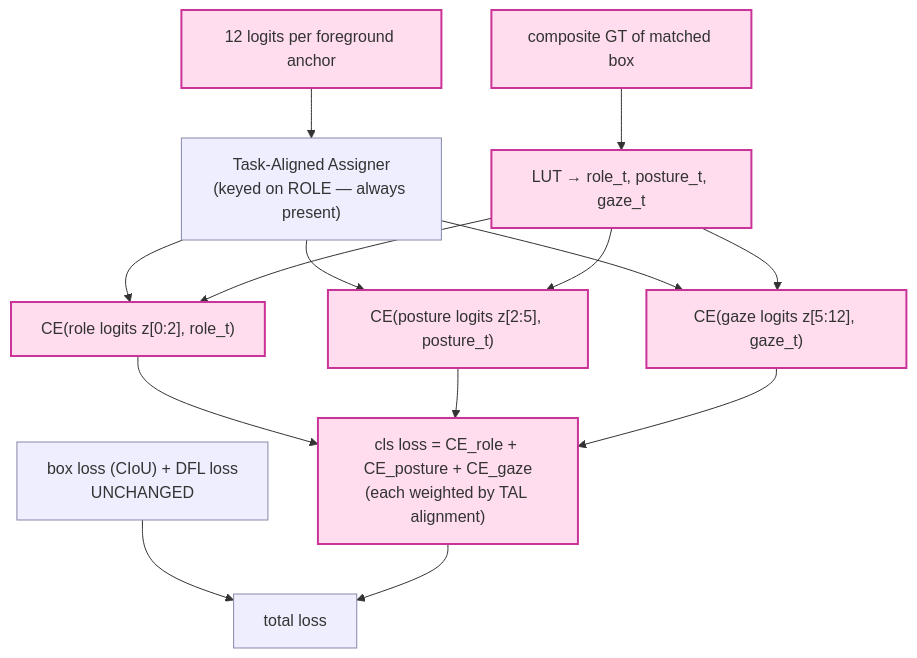
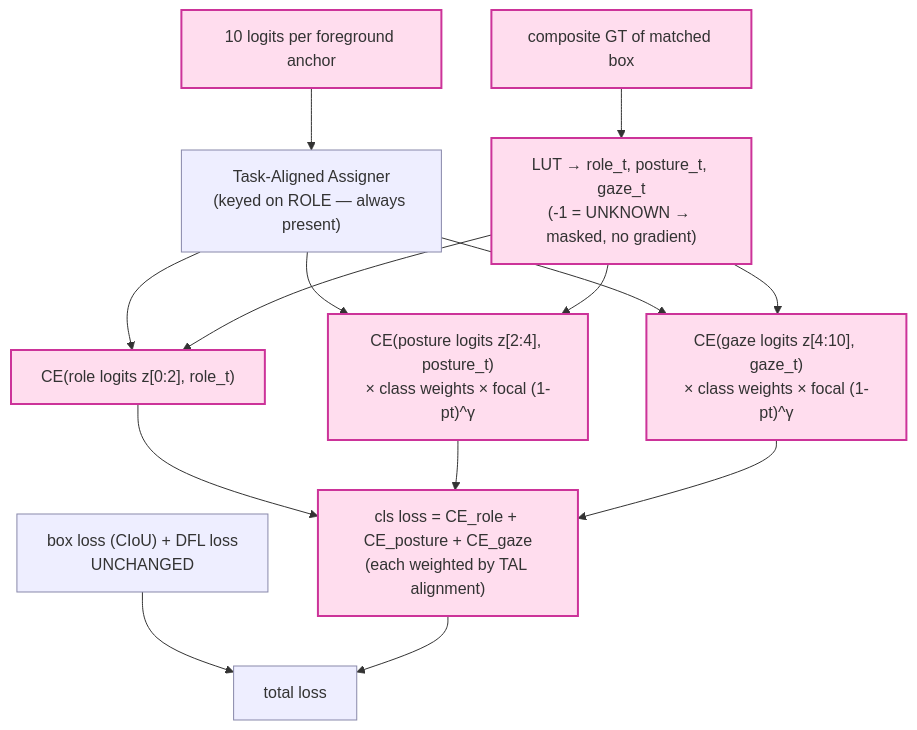
Before and after one commit to ahmedelbamby-aast/Grad-Project-Docs: the fourth of 5 diagrams in docs/yolov11_combined_head/ARCHITECTURE.md, drawn with Mermaid. The commit also changed other lines of this file and 2 other files, not shown here.

````diff
--- a/docs/yolov11_combined_head/ARCHITECTURE.md
+++ b/docs/yolov11_combined_head/ARCHITECTURE.md
@@ -161,23 +160,23 @@
 ```mermaid
 flowchart TB
-    PRED["12 logits per foreground anchor"] --> A["Task-Aligned Assigner<br/>(keyed on ROLE — always present)"]
-    GT["composite GT of matched box"] --> LUTL["LUT → role_t, posture_t, gaze_t"]
+    PRED["10 logits per foreground anchor"] --> A["Task-Aligned Assigner<br/>(keyed on ROLE — always present)"]
+    GT["composite GT of matched box"] --> LUTL["LUT → role_t, posture_t, gaze_t<br/>(-1 = UNKNOWN → masked, no gradient)"]
 
     A --> CER["CE(role logits z[0:2], role_t)"]
     LUTL --> CER
-    A --> CEP["CE(posture logits z[2:5], posture_t)"]
+    A --> CEP["CE(posture logits z[2:4], posture_t)<br/>× class weights × focal (1-pt)^γ"]
     LUTL --> CEP
-    A --> CEG["CE(gaze logits z[5:12], gaze_t)"]
+    A --> CEG["CE(gaze logits z[4:10], gaze_t)<br/>× class weights × focal (1-pt)^γ"]
     LUTL --> CEG
 
     CER --> SUM["cls loss = CE_role + CE_posture + CE_gaze<br/>(each weighted by TAL alignment)"]
     CEP --> SUM
     CEG --> SUM
     BOXL["box loss (CIoU) + DFL loss<br/>UNCHANGED"] --> TOT["total loss"]
     SUM --> TOT
 
     classDef mod fill:#fde,stroke:#c39,stroke-width:2px;
     classDef kept fill:#eef,stroke:#88a;
     class PRED,GT,LUTL,CER,CEP,CEG,SUM mod;
     class A,BOXL,TOT kept;
 ```
````
